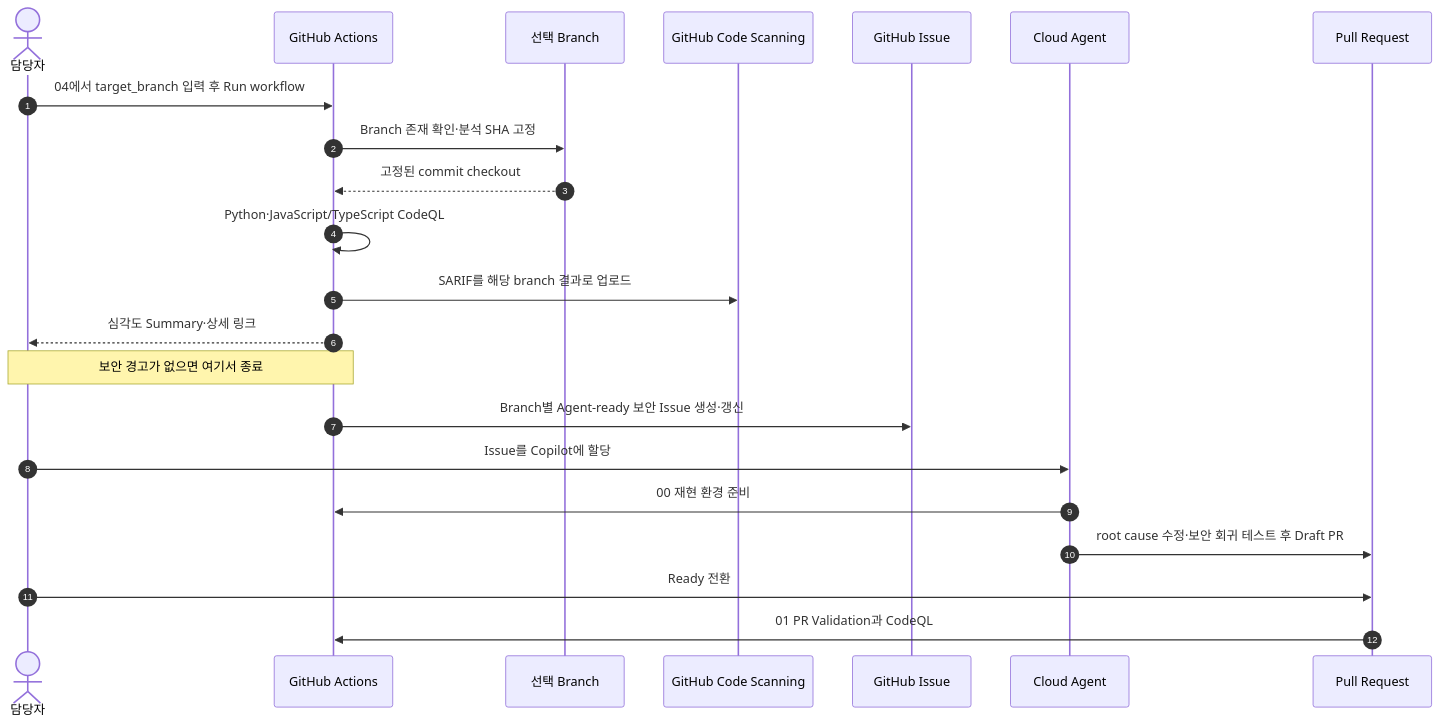
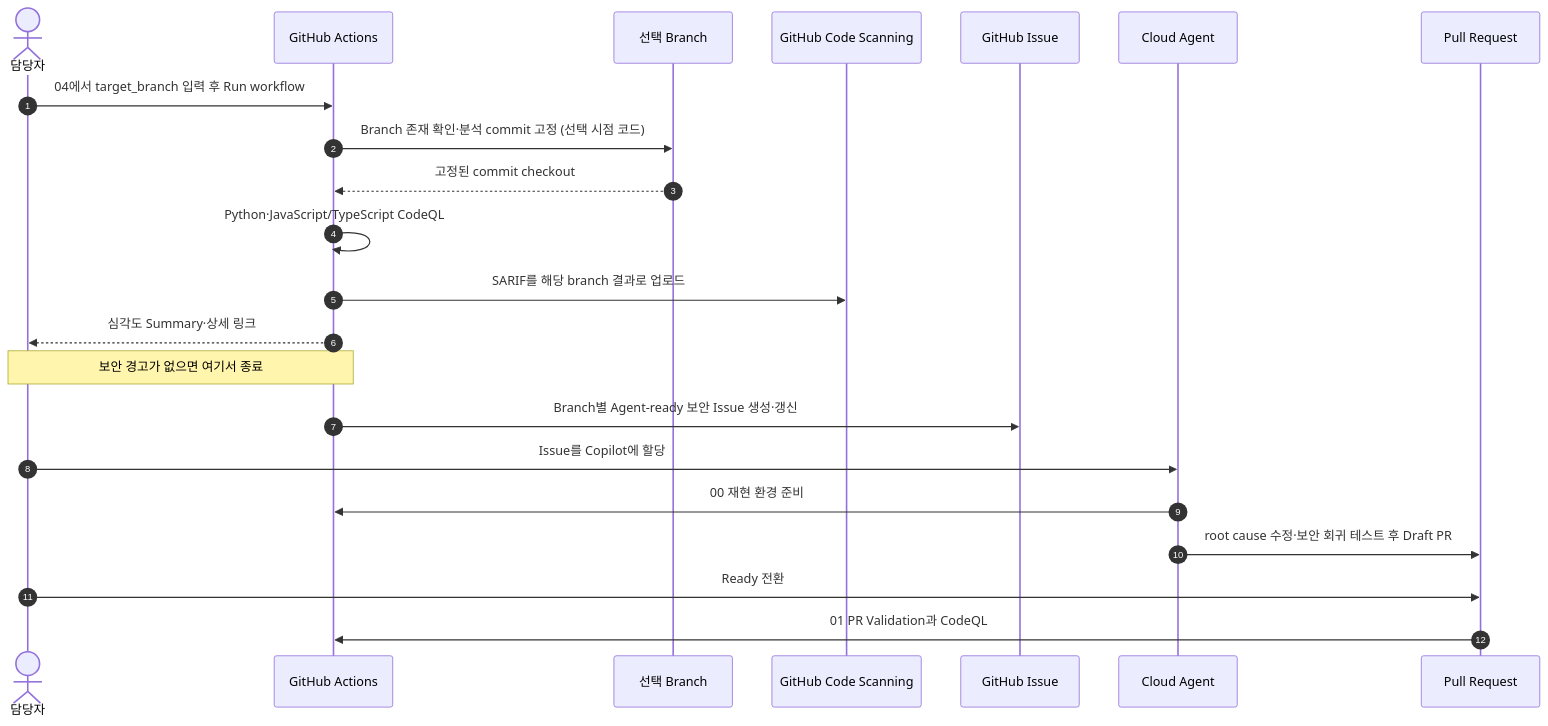
One commit to hijigoo/dev-agent-workflow changed the third of 4 diagrams in README.md. Above: the diagram before and after it, drawn with Mermaid. The commit also changed other lines of this file, not shown here.

First line of the commit message:
docs: order Actions guidance from 00 to 05

````diff
--- a/README.md
+++ b/README.md
@@ -125,25 +185,25 @@
 ```mermaid
 sequenceDiagram
     autonumber
     actor Human as 담당자
     participant Actions as GitHub Actions
     participant Repo as 선택 Branch
     participant Security as GitHub Code Scanning
     participant Issue as GitHub Issue
     participant Agent as Cloud Agent
     participant PR as Pull Request
 
     Human->>Actions: 04에서 target_branch 입력 후 Run workflow
-    Actions->>Repo: Branch 존재 확인·분석 SHA 고정
+    Actions->>Repo: Branch 존재 확인·분석 commit 고정 (선택 시점 코드)
     Repo-->>Actions: 고정된 commit checkout
     Actions->>Actions: Python·JavaScript/TypeScript CodeQL
     Actions->>Security: SARIF를 해당 branch 결과로 업로드
     Actions-->>Human: 심각도 Summary·상세 링크
     Note over Human,Actions: 보안 경고가 없으면 여기서 종료
     Actions->>Issue: Branch별 Agent-ready 보안 Issue 생성·갱신
     Human->>Agent: Issue를 Copilot에 할당
     Agent->>Actions: 00 재현 환경 준비
     Agent->>PR: root cause 수정·보안 회귀 테스트 후 Draft PR
     Human->>PR: Ready 전환
     PR->>Actions: 01 PR Validation과 CodeQL
 ```
````
